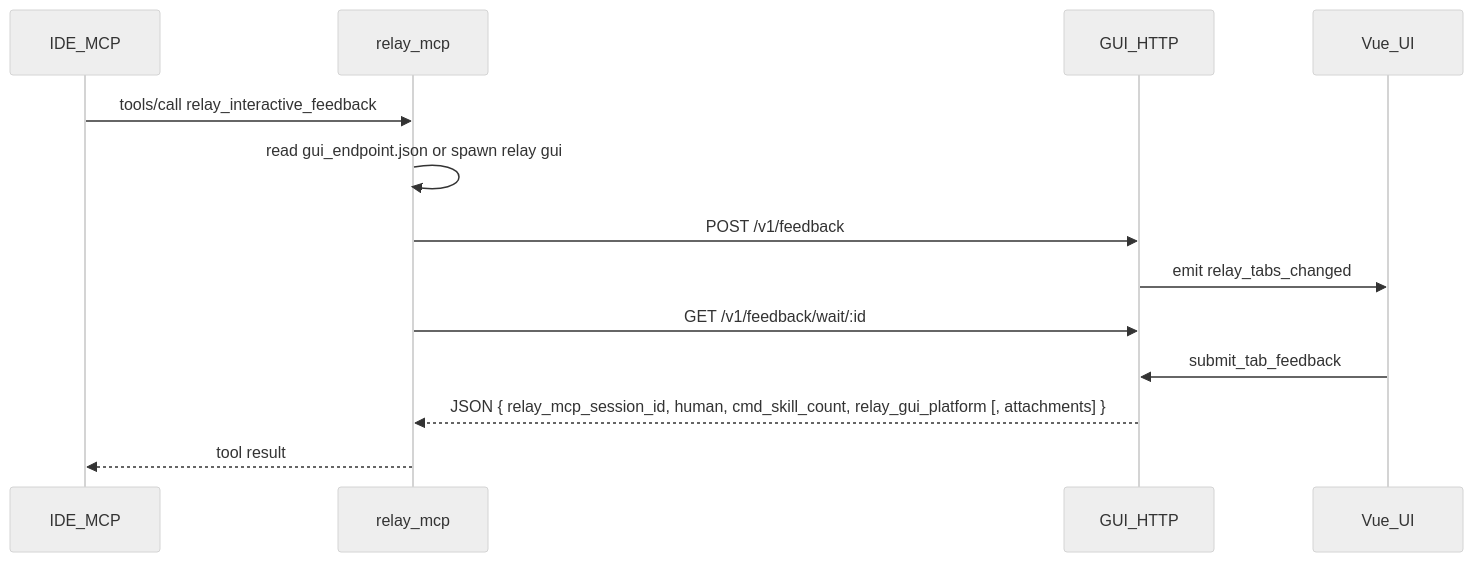
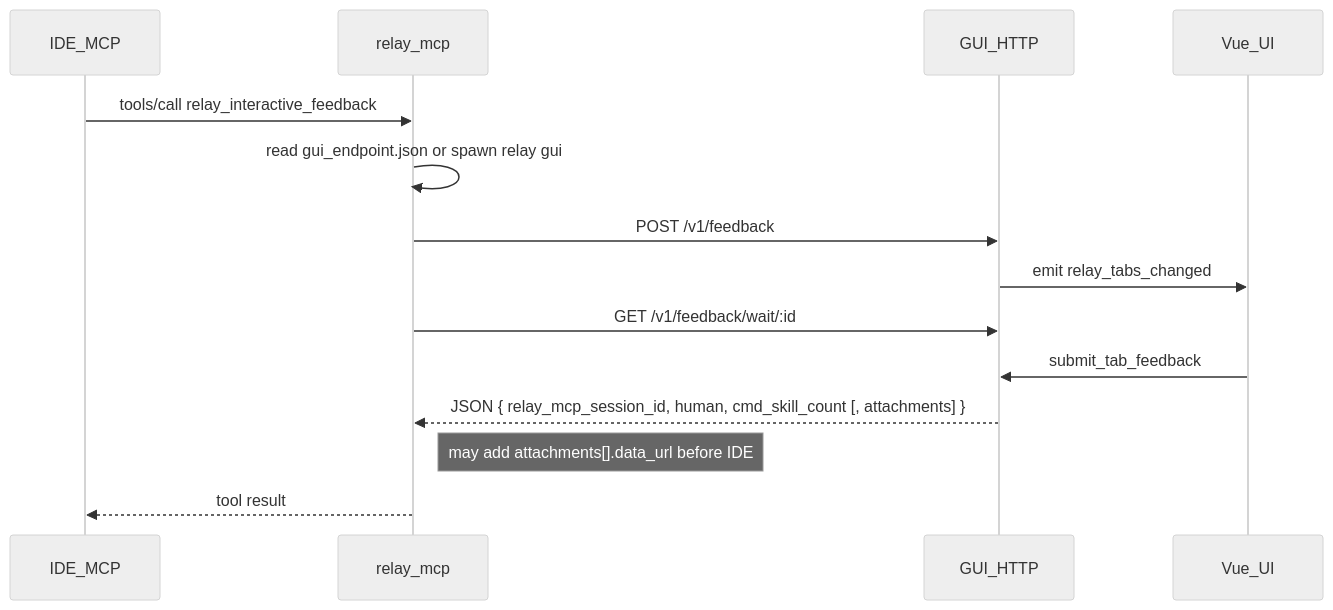
Before and after one commit to andeya/ide-relay-mcp: the diagram in docs/HTTP_IPC.md, drawn with Mermaid (neutral theme). The commit also changed other lines of this file and 12 other files, not shown here.

First line of the commit message:
feat(mcp): optional attachment data_url; drop relay_gui_platform and WSL path rewrite

````diff
--- a/docs/HTTP_IPC.md
+++ b/docs/HTTP_IPC.md
@@ -5,16 +5,17 @@
 ```mermaid
 sequenceDiagram
     participant IDE as IDE_MCP
     participant Mcp as relay_mcp
     participant Http as GUI_HTTP
     participant UI as Vue_UI
 
     IDE->>Mcp: tools/call relay_interactive_feedback
     Mcp->>Mcp: read gui_endpoint.json or spawn relay gui
     Mcp->>Http: POST /v1/feedback
     Http->>UI: emit relay_tabs_changed
     Mcp->>Http: GET /v1/feedback/wait/:id
     UI->>Http: submit_tab_feedback
-    Http-->>Mcp: JSON { relay_mcp_session_id, human, cmd_skill_count, relay_gui_platform [, attachments] }
+    Http-->>Mcp: JSON { relay_mcp_session_id, human, cmd_skill_count [, attachments] }
+    Note right of Mcp: may add attachments[].data_url before IDE
     Mcp-->>IDE: tool result
 ```
````
